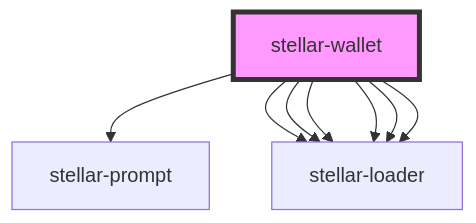
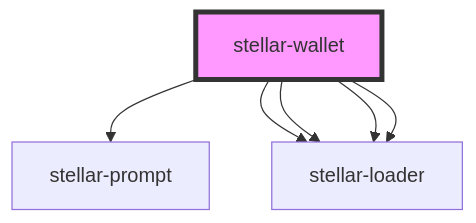
The diagram in src/components/wallet/readme.md (stellar/stellar-demo-wallet), drawn with Mermaid before and after one commit. The commit also changed other lines of this file and 1 other file, not shown here.

Commit message:
remove _baseAccount

````diff
--- a/src/components/wallet/readme.md
+++ b/src/components/wallet/readme.md
@@ -30,11 +28,9 @@
 ```mermaid
 graph TD;
   stellar-wallet --> stellar-prompt
   stellar-wallet --> stellar-loader
   stellar-wallet --> stellar-loader
   stellar-wallet --> stellar-loader
   stellar-wallet --> stellar-loader
-  stellar-wallet --> stellar-loader
-  stellar-wallet --> stellar-loader
   style stellar-wallet fill:#f9f,stroke:#333,stroke-width:4px
 ```
````
